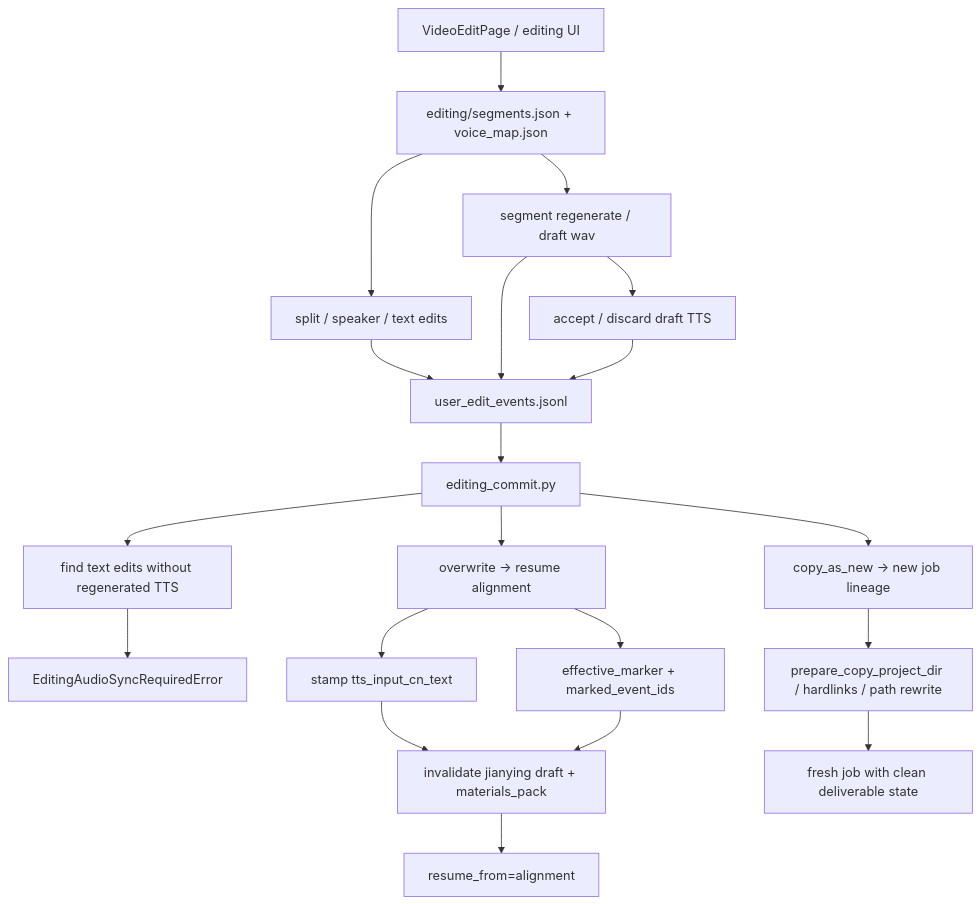
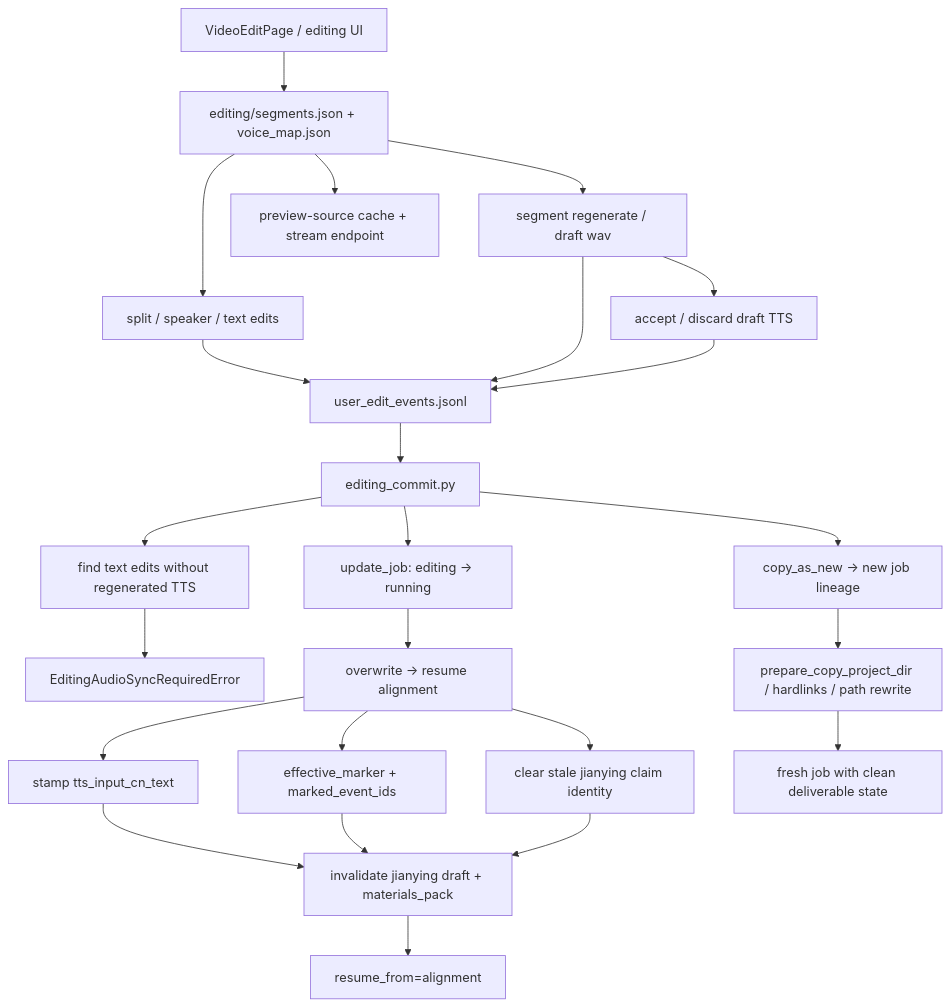
The diagram in docs/graphs/GITNEXUS_EDITING_POST_EDIT_GRAPH.md (sun9bear/AITransVideo), drawn with Mermaid before and after one commit. The commit also changed other lines of this file and 9 other files, not shown here.

Commit message:
docs(graphs): refresh GitNexus graphs to 78eea96

````diff
--- a/docs/graphs/GITNEXUS_EDITING_POST_EDIT_GRAPH.md
+++ b/docs/graphs/GITNEXUS_EDITING_POST_EDIT_GRAPH.md
@@ -17,26 +18,30 @@
 ```mermaid
 graph TD
     EditPage["VideoEditPage / editing UI"] --> Segments["editing/segments.json + voice_map.json"]
     Segments --> DraftTTS["segment regenerate / draft wav"]
+    Segments --> PreviewSource["preview-source cache + stream endpoint"]
     DraftTTS --> Accept["accept / discard draft TTS"]
     Segments --> Structural["split / speaker / text edits"]
 
     Structural --> Audit["user_edit_events.jsonl"]
     DraftTTS --> Audit
     Accept --> Audit
 
     Audit --> Commit["editing_commit.py"]
     Commit --> SyncCheck["find text edits without regenerated TTS"]
     SyncCheck --> Guard["EditingAudioSyncRequiredError"]
-    Commit --> Overwrite["overwrite -> resume alignment"]
+    Commit --> Claim["update_job: editing -> running"]
+    Claim --> Overwrite["overwrite -> resume alignment"]
     Commit --> CopyNew["copy_as_new -> new job lineage"]
 
     Overwrite --> Stamp["stamp tts_input_cn_text"]
     Overwrite --> Marker["effective_marker + marked_event_ids"]
+    Overwrite --> Retire["clear stale jianying claim identity"]
     Stamp --> Reset["invalidate jianying draft + materials_pack"]
     Marker --> Reset
+    Retire --> Reset
     Reset --> Resume["resume_from=alignment"]
 
     CopyNew --> Prepare["prepare_copy_project_dir / hardlinks / path rewrite"]
     Prepare --> NewJob["fresh job with clean deliverable state"]
 ```
````
